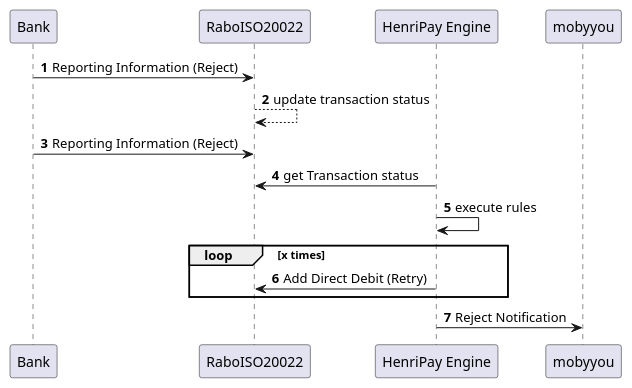
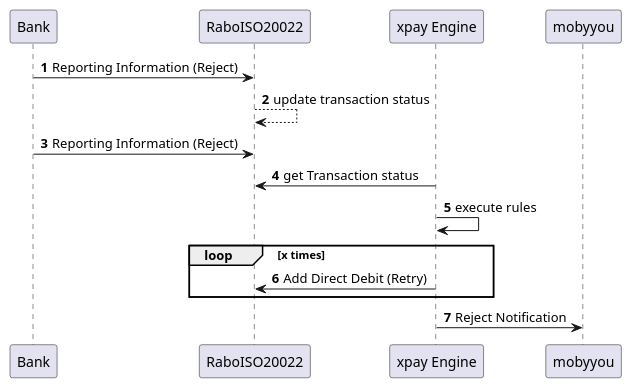
The diagram in sepaddservice/src/main/resources/sequences/Levy-usecase/directDebitRejectBeforeSetlment.puml (saidkhalfaoui/xpay), drawn with PlantUML before and after one commit. The commit also changed 554 other files, not shown here.

```diff
--- a/sepaddservice/src/main/resources/sequences/Levy-usecase/directDebitRejectBeforeSetlment.puml
+++ b/sepaddservice/src/main/resources/sequences/Levy-usecase/directDebitRejectBeforeSetlment.puml
@@ -1,17 +1,17 @@
 @startuml
 'https://plantuml.com/sequence-diagram
 
 autonumber
 
 Bank->RaboISO20022: Reporting Information (Reject)
 
 RaboISO20022-->RaboISO20022 : update transaction status
 Bank->RaboISO20022: Reporting Information (Reject)
-"HenriPay Engine"-> RaboISO20022 : get Transaction status
-"HenriPay Engine"-> "HenriPay Engine": execute rules
+"xpay Engine"-> RaboISO20022 : get Transaction status
+"xpay Engine"-> "xpay Engine": execute rules
 loop x times
-"HenriPay Engine" ->RaboISO20022 : Add Direct Debit (Retry)
+"xpay Engine" ->RaboISO20022 : Add Direct Debit (Retry)
 end
-"HenriPay Engine" -> mobyyou: Reject Notification
+"xpay Engine" -> mobyyou: Reject Notification
 
 @enduml
```
